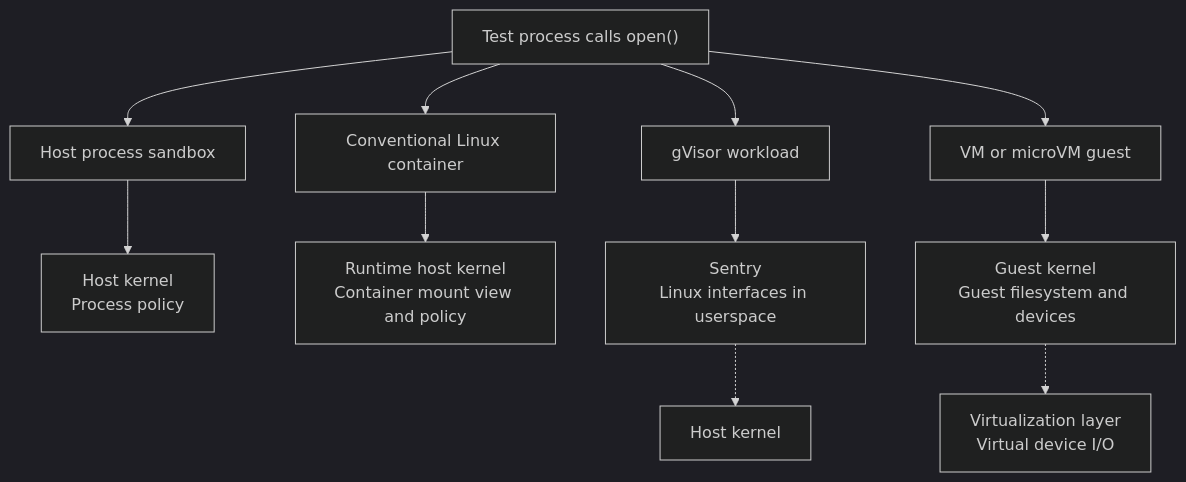
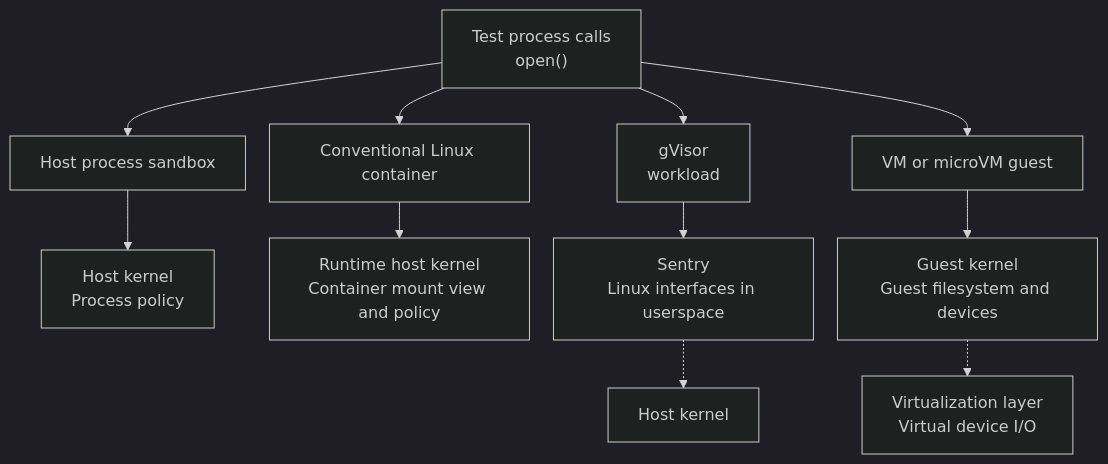
One commit to woliveiras/woliveiras.github.io changed the diagram in src/content/blog/how-process-sandboxes-containers-and-microvms-isolate-code.mdx. Above: the diagram before and after it, drawn with Mermaid (dark theme). The commit also changed other lines of this file and 3 other files, not shown here.

````diff
--- a/src/content/blog/how-process-sandboxes-containers-and-microvms-isolate-code.mdx
+++ b/src/content/blog/how-process-sandboxes-containers-and-microvms-isolate-code.mdx
@@ -83,14 +85,23 @@
 ```mermaid
+---
+config:
+  look: classic
+  flowchart:
+    nodeSpacing: 24
+    rankSpacing: 36
+---
 flowchart TB
-    test["Test process calls open()"]
+    test["Test process calls<br/>open()"]
     test --> sandbox["Host process sandbox"]
     test --> container["Conventional Linux container"]
-    test --> gvisor["gVisor workload"]
+    test --> gvisor["gVisor<br/>workload"]
     test --> vm["VM or microVM guest"]
     sandbox --> local["Host kernel<br/>Process policy"]
     container --> linux["Runtime host kernel<br/>Container mount view and policy"]
     gvisor --> sentry["Sentry<br/>Linux interfaces in userspace"]
     vm --> guest["Guest kernel<br/>Guest filesystem and devices"]
     sentry -.-> host["Host kernel"]
     guest -.-> vmm["Virtualization layer<br/>Virtual device I/O"]
+    class test entry
+    class host,vmm followup
 ```
````
